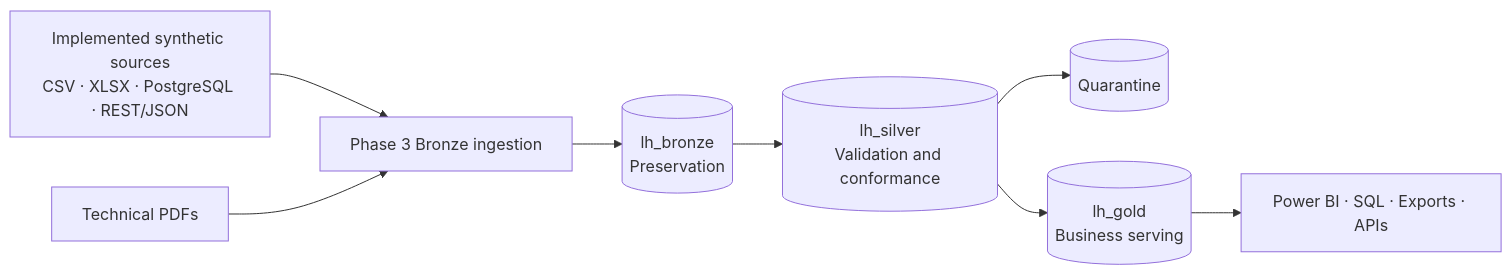
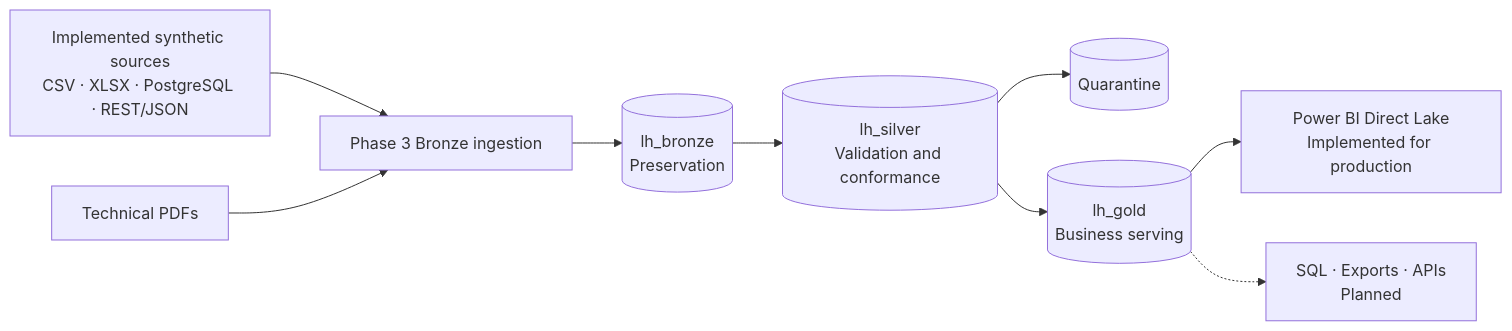
The diagram in README.en.md (LuidiC/industrial-data-platform), drawn with Mermaid before and after one commit. The commit also changed other lines of this file and 5 other files, not shown here.

Commit message:
docs: record Power BI production dashboard

````diff
--- a/README.en.md
+++ b/README.en.md
@@ -99,10 +112,11 @@
 ```mermaid
 flowchart LR
     SOURCES[Implemented synthetic sources<br/>CSV · XLSX · PostgreSQL · REST/JSON] --> INGEST[Phase 3 Bronze ingestion]
     INGEST --> BRONZE[(lh_bronze<br/>Preservation)]
     PDF[Technical PDFs] --> INGEST
     BRONZE --> SILVER[(lh_silver<br/>Validation and conformance)]
     SILVER --> QUARANTINE[(Quarantine)]
     SILVER --> GOLD[(lh_gold<br/>Business serving)]
-    GOLD --> CONSUMERS[Power BI · SQL · Exports · APIs]
+    GOLD --> POWERBI[Power BI Direct Lake<br/>Implemented for production]
+    GOLD -.-> CONSUMERS[SQL · Exports · APIs<br/>Planned]
 ```
````
